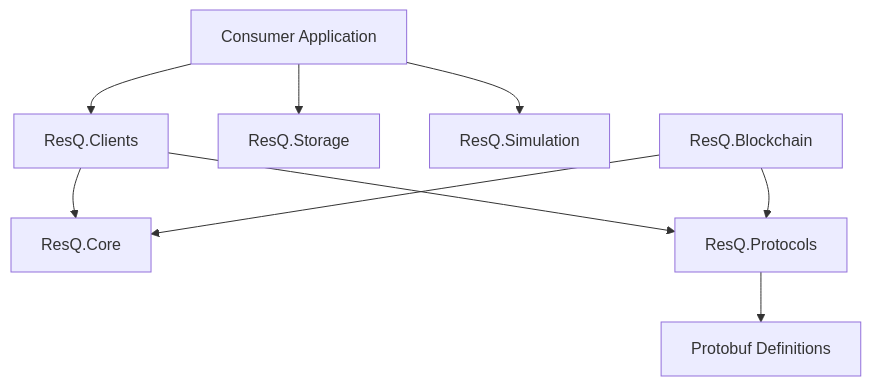
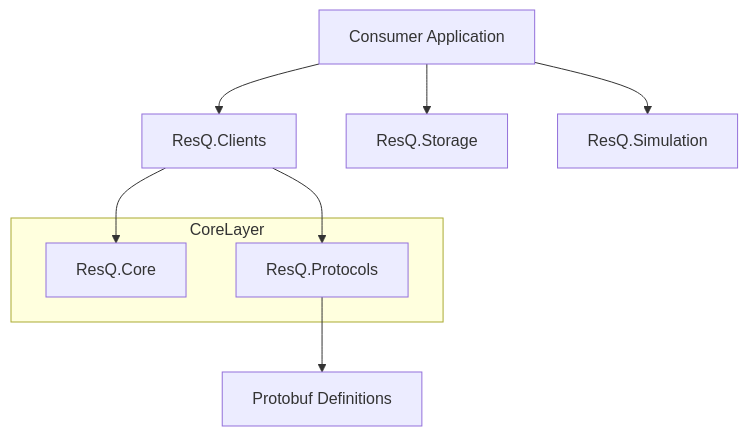
The second of 2 diagrams in README.md (resq-software/dotnet-sdk), drawn with Mermaid before and after one commit. The commit also changed other lines of this file, not shown here.

````diff
--- a/README.md
+++ b/README.md
@@ -56,14 +60,16 @@
 ```mermaid
-graph TD
+flowchart TD
     App[Consumer Application] --> Clients[ResQ.Clients]
     App --> Storage[ResQ.Storage]
     App --> Sim[ResQ.Simulation]
     
     Clients --> Core[ResQ.Core]
     Clients --> Protocols[ResQ.Protocols]
     
-    Blockchain[ResQ.Blockchain] --> Core
-    Blockchain --> Protocols
+    Protocols --> Protos[Protobuf Definitions]
     
-    Protocols --> Protos[Protobuf Definitions]
+    subgraph CoreLayer
+        Core
+        Protocols
+    end
 ```
````
